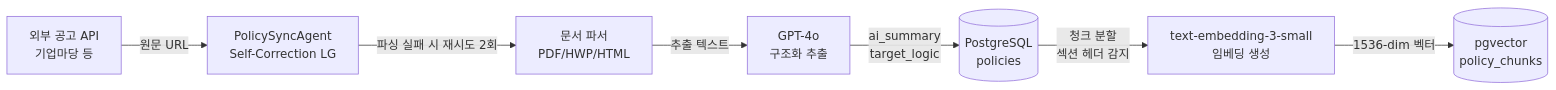
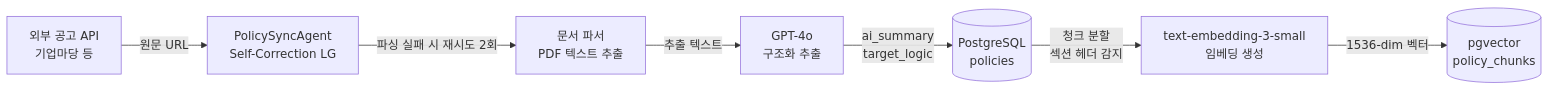
One commit to JH-SKY/biz-fund-ai changed the first of 3 diagrams in README.md. Above: the diagram before and after it, drawn with Mermaid. The commit also changed other lines of this file and 4 other files, not shown here.

````diff
--- a/README.md
+++ b/README.md
@@ -108,9 +107,9 @@
 ```mermaid
 flowchart LR
     A[외부 공고 API\n기업마당 등] -->|원문 URL| B[PolicySyncAgent\nSelf-Correction LG]
-    B -->|파싱 실패 시 재시도 2회| C[문서 파서\nPDF/HWP/HTML]
+    B -->|파싱 실패 시 재시도 2회| C[문서 파서\nPDF 텍스트 추출]
     C -->|추출 텍스트| D[GPT-4o\n구조화 추출]
     D -->|ai_summary\ntarget_logic| E[(PostgreSQL\npolicies)]
     E -->|청크 분할\n섹션 헤더 감지| F[text-embedding-3-small\n임베딩 생성]
     F -->|1536-dim 벡터| G[(pgvector\npolicy_chunks)]
 ```
````
